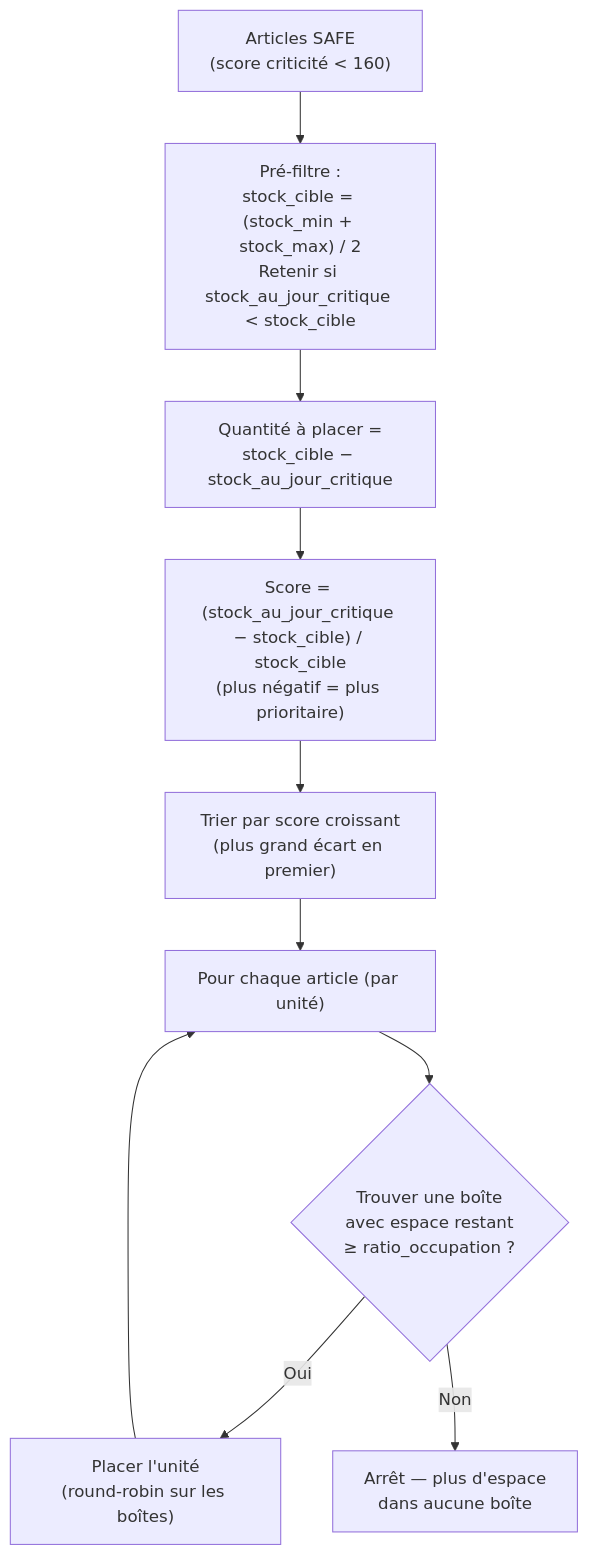
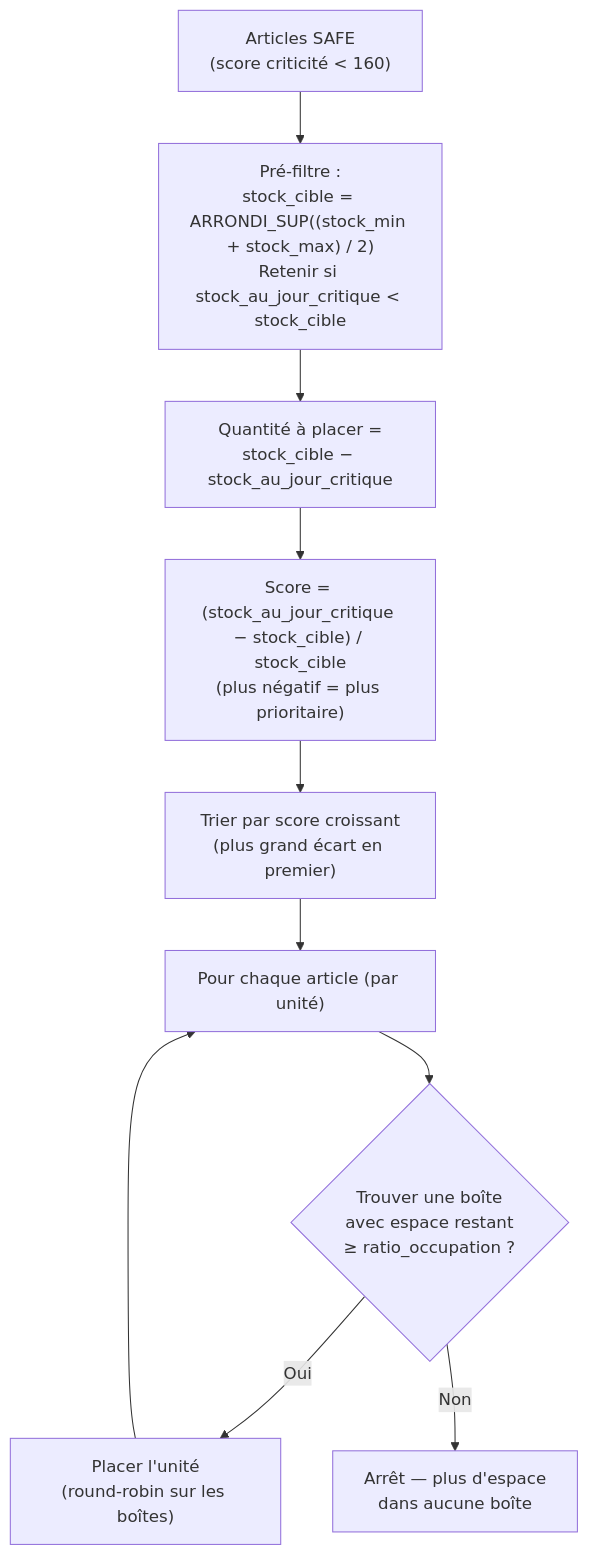
One commit to Singularity-Institute/PTL-r-appro- changed diagram 11 of 15 in DOCUMENTATION_FONCTIONNELLE op-rep.md. Above: the diagram before and after it, drawn with Mermaid. The commit also changed other lines of this file, not shown here.

````diff
--- a/DOCUMENTATION_FONCTIONNELLE op-rep.md
+++ b/DOCUMENTATION_FONCTIONNELLE op-rep.md
@@ -452,18 +480,18 @@
 ```mermaid
 flowchart TD
     START["Articles SAFE\n(score criticité < 160)"]
 
-    START --> FILTER["Pré-filtre :\nstock_cible = (stock_min + stock_max) / 2\nRetenir si stock_au_jour_critique < stock_cible"]
+    START --> FILTER["Pré-filtre :\nstock_cible = ARRONDI_SUP((stock_min + stock_max) / 2)\nRetenir si stock_au_jour_critique < stock_cible"]
 
     FILTER --> CALC_QTY["Quantité à placer =\nstock_cible − stock_au_jour_critique"]
 
     CALC_QTY --> SCORE["Score = (stock_au_jour_critique − stock_cible) / stock_cible\n(plus négatif = plus prioritaire)"]
 
     SCORE --> SORT["Trier par score croissant\n(plus grand écart en premier)"]
 
     SORT --> LOOP["Pour chaque article (par unité)"]
     LOOP --> FIND{"Trouver une boîte\navec espace restant\n≥ ratio_occupation ?"}
     FIND -->|"Oui"| PLACE["Placer l'unité\n(round-robin sur les boîtes)"]
     PLACE --> LOOP
     FIND -->|"Non"| STOP["Arrêt — plus d'espace\ndans aucune boîte"]
 ```
````
